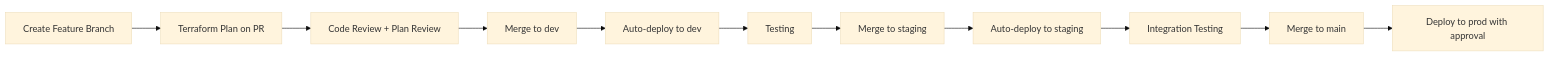
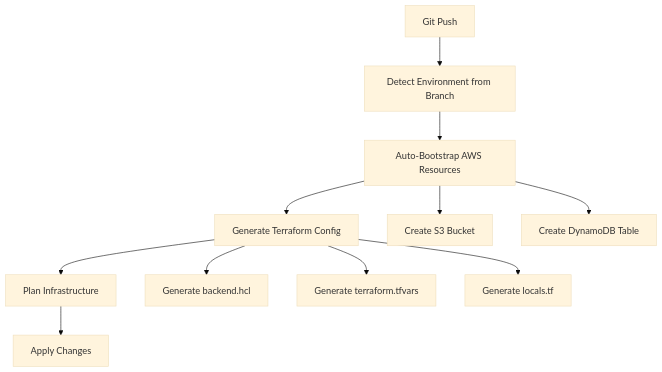
Before and after one commit to shubhamcommits/octonius-platform: the diagram in DEVOPS-GUIDE.md, drawn with Mermaid (base theme). The commit also changed other lines of this file and 13 other files, not shown here.

Commit message:
💡 Use existing S3 buckets from environment variables - Use existing PROD_S3_BUCKET & DEV_S3_BUCKET instead of creating new ones - Only auto-create DynamoDB tables for state locking - Updated all workflows and documentation

````diff
--- a/DEVOPS-GUIDE.md
+++ b/DEVOPS-GUIDE.md
@@ -242,13 +75,15 @@
 ```mermaid
-graph LR
-    A[Create Feature Branch] --> B[Terraform Plan on PR]
-    B --> C[Code Review + Plan Review]
-    C --> D[Merge to dev]
-    D --> E[Auto-deploy to dev]
-    E --> F[Testing]
-    F --> G[Merge to staging]
-    G --> H[Auto-deploy to staging]
-    H --> I[Integration Testing]
-    I --> J[Merge to main]
-    J --> K[Deploy to prod with approval]
+graph TB
+    A[Git Push] --> B[Detect Environment from Branch]
+    B --> C[Auto-Bootstrap AWS Resources]
+    C --> D[Generate Terraform Config]
+    D --> E[Plan Infrastructure]
+    E --> F[Apply Changes]
+    
+    C --> C1[Create S3 Bucket]
+    C --> C2[Create DynamoDB Table]
+    
+    D --> D1[Generate backend.hcl]
+    D --> D2[Generate terraform.tfvars]
+    D --> D3[Generate locals.tf]
 ```
````
